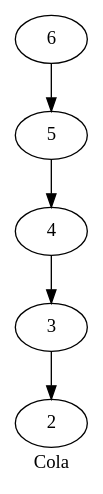
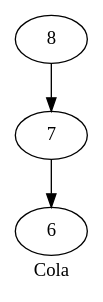
One commit to 200915305/Practica2s12017_200915305 changed the diagram in Python/Cola.dot. Above: the diagram before and after it, drawn with Graphviz. The commit also changed 10 other files, not shown here.

```diff
--- a/Python/Cola.dot
+++ b/Python/Cola.dot
@@ -1,14 +1,10 @@
 digraph Cola{
 label = "Cola"
 
-	Node0[label = "6"];
-	Node1[label = "5"];
-	Node2[label = "4"];
-	Node3[label = "3"];
-	Node4[label = "2"];
+	Node0[label = "8"];
+	Node1[label = "7"];
+	Node2[label = "6"];
 
 	Node0 -> Node1;
 	Node1 -> Node2;
-	Node2 -> Node3;
-	Node3 -> Node4;
 }
```
